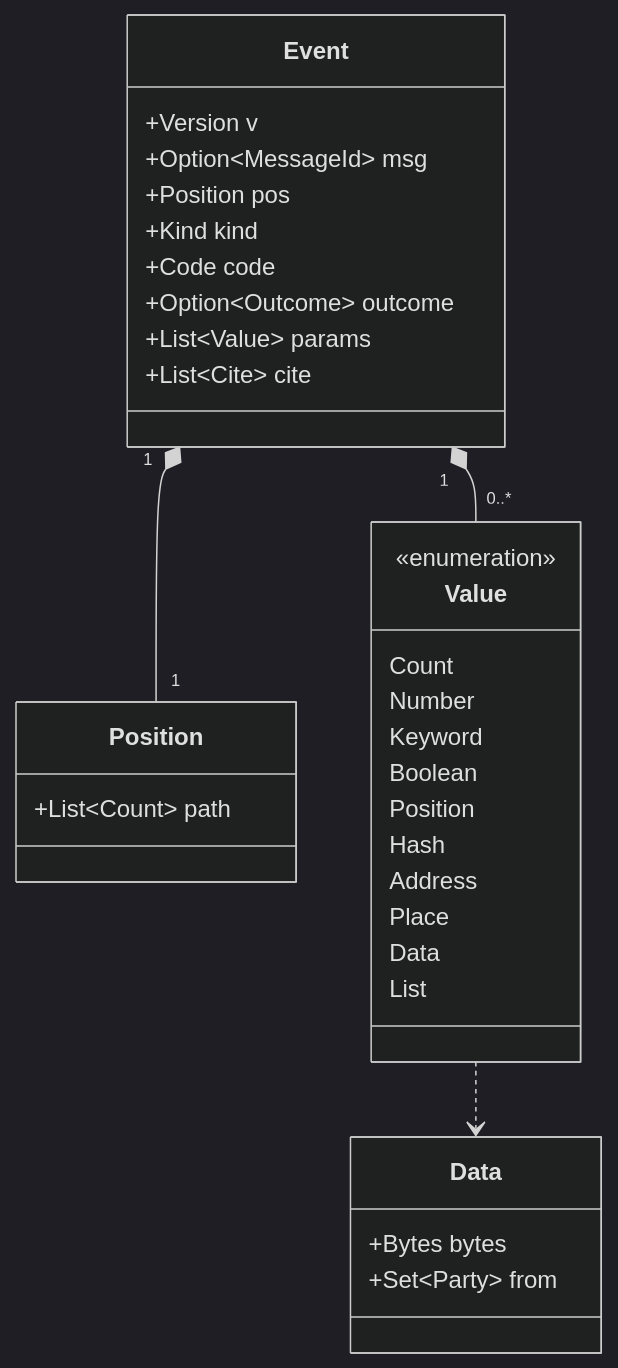
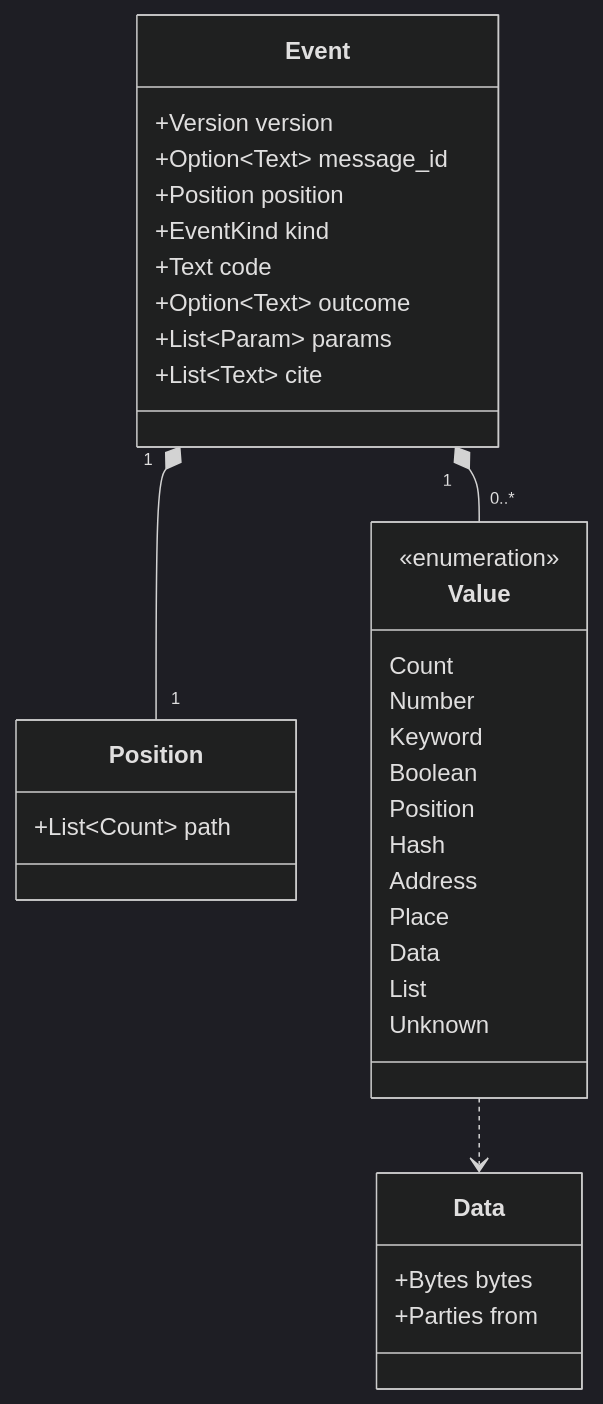
One commit to photom/hallmark changed the sixth of 6 diagrams in docs/reference/design/domain-model.md. Above: the diagram before and after it, drawn with Mermaid (dark theme). The commit also changed other lines of this file and 45 other files, not shown here.

````diff
--- a/docs/reference/design/domain-model.md
+++ b/docs/reference/design/domain-model.md
@@ -320,36 +328,37 @@
 ```mermaid
 classDiagram
     class Event {
-        +Version v
-        +Option~MessageId~ msg
-        +Position pos
-        +Kind kind
-        +Code code
-        +Option~Outcome~ outcome
-        +List~Value~ params
-        +List~Cite~ cite
+        +Version version
+        +Option~Text~ message_id
+        +Position position
+        +EventKind kind
+        +Text code
+        +Option~Text~ outcome
+        +List~Param~ params
+        +List~Text~ cite
     }
     class Position {
         +List~Count~ path
     }
     class Value {
         <<enumeration>>
         Count
         Number
         Keyword
         Boolean
         Position
         Hash
         Address
         Place
         Data
         List
+        Unknown
     }
     class Data {
         +Bytes bytes
-        +Set~Party~ from
+        +Parties from
     }
     Event "1" *-- "1" Position
     Event "1" *-- "0..*" Value
     Value ..> Data
 ```
````
